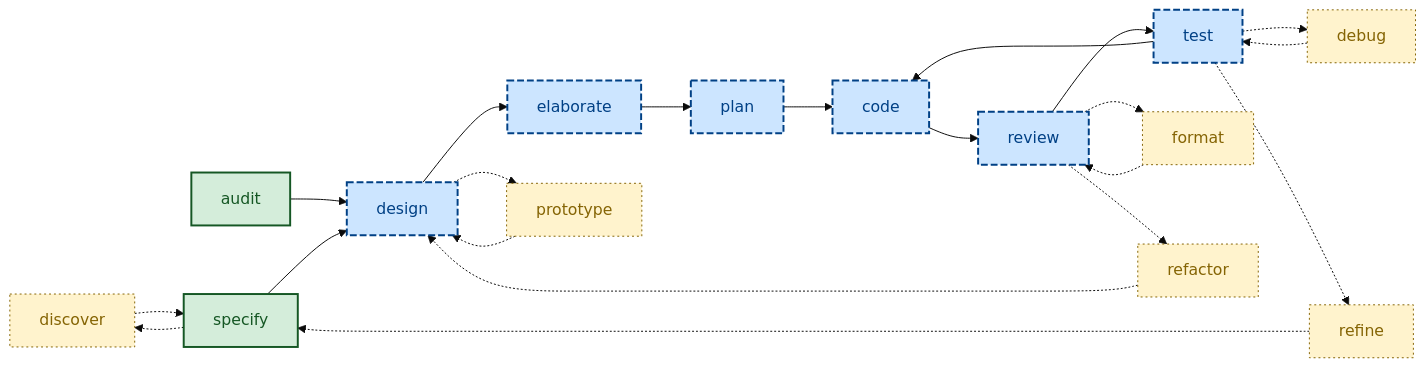
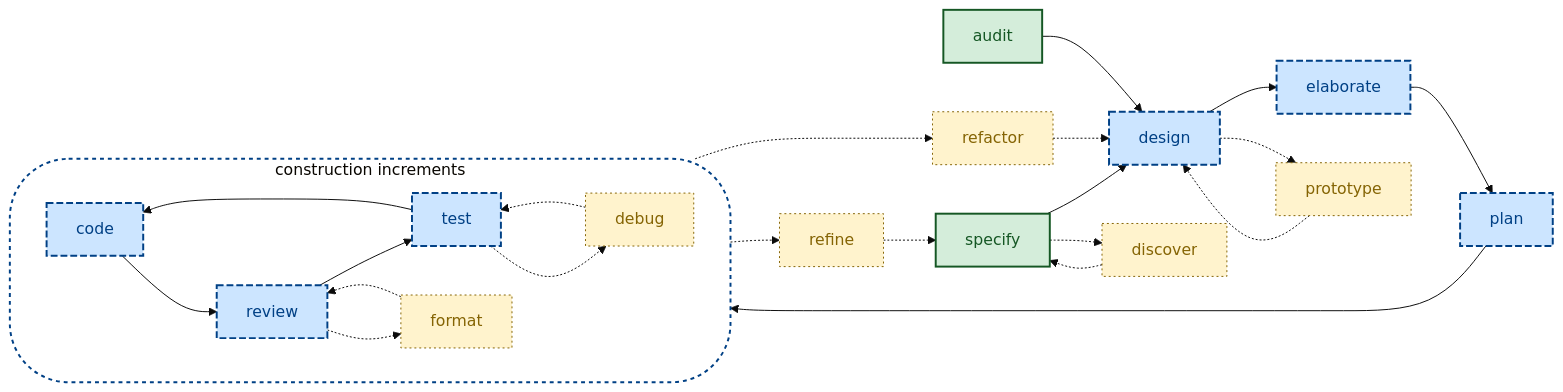
The diagram in README.md (kieranpotts/skills), drawn with Mermaid (base theme) before and after one commit. The commit also changed other lines of this file and 1 other file, not shown here.

Commit message:
chore: review readme and agents.md

````diff
--- a/README.md
+++ b/README.md
@@ -29,35 +29,59 @@
 ```mermaid
 flowchart LR
+  %% Node classes (declared up front so they hold inside and outside the subgraph).
+  discover:::secondary
+  audit:::start
+  specify:::start
+  design:::main
+  elaborate:::main
+  plan:::main
+  code:::main
+  review:::main
+  test:::main
+  prototype:::secondary
+  format:::secondary
+  debug:::secondary
+  refactor:::secondary
+  refine:::secondary
+
   %% Starting points.
-  discover:::secondary -.-> specify
-  audit:::start --> design
-  specify:::start --> design
+  discover -.-> specify
+  audit --> design
+  specify --> design
 
   %% Main workflow sequence.
-  design:::main --> elaborate
-  elaborate:::main --> plan
-  plan:::main --> code
-  code:::main --> review
-  review:::main --> test
-  test:::main --> code
+  design --> elaborate
+  elaborate --> plan
+  plan --> code
+
+  %% The build loop: code -> review -> test, plus the format and debug repair cycles.
+  subgraph build [construction increments]
+    direction LR
+    code --> review
+    review --> test
+    test --> code
+    review -.-> format
+    format -.-> review
+    test -.-> debug
+    debug -.-> test
+  end
 
   %% Small iterative cycles.
   specify -.-> discover
-  design -.-> prototype:::secondary
+  design -.-> prototype
   prototype -.-> design
-  review -.-> format:::secondary
-  format -.-> review
-  test -.-> debug:::secondary
-  debug -.-> test
 
   %% Big feedback loops.
-  review -.-> refactor:::secondary
+  review -.-> refactor
   refactor -.-> design
-  test -.-> refine:::secondary
+  test -.-> refine
   refine -.-> specify
 
   %% Class definitions.
   classDef start fill:#d4edda,stroke:#155724,color:#155724,stroke-width:2px
   classDef main fill:#cce5ff,stroke:#004085,color:#004085,stroke-width:2px,stroke-dasharray:7 3
   classDef secondary fill:#fff3cd,stroke:#856404,color:#856404,stroke-width:1px,stroke-dasharray:2 3
+
+  %% Subgraph (loop) border styling.
+  style build fill:none,stroke:#004085,stroke-width:2px,stroke-dasharray:4 4,rx:60,ry:60
 ```
````
